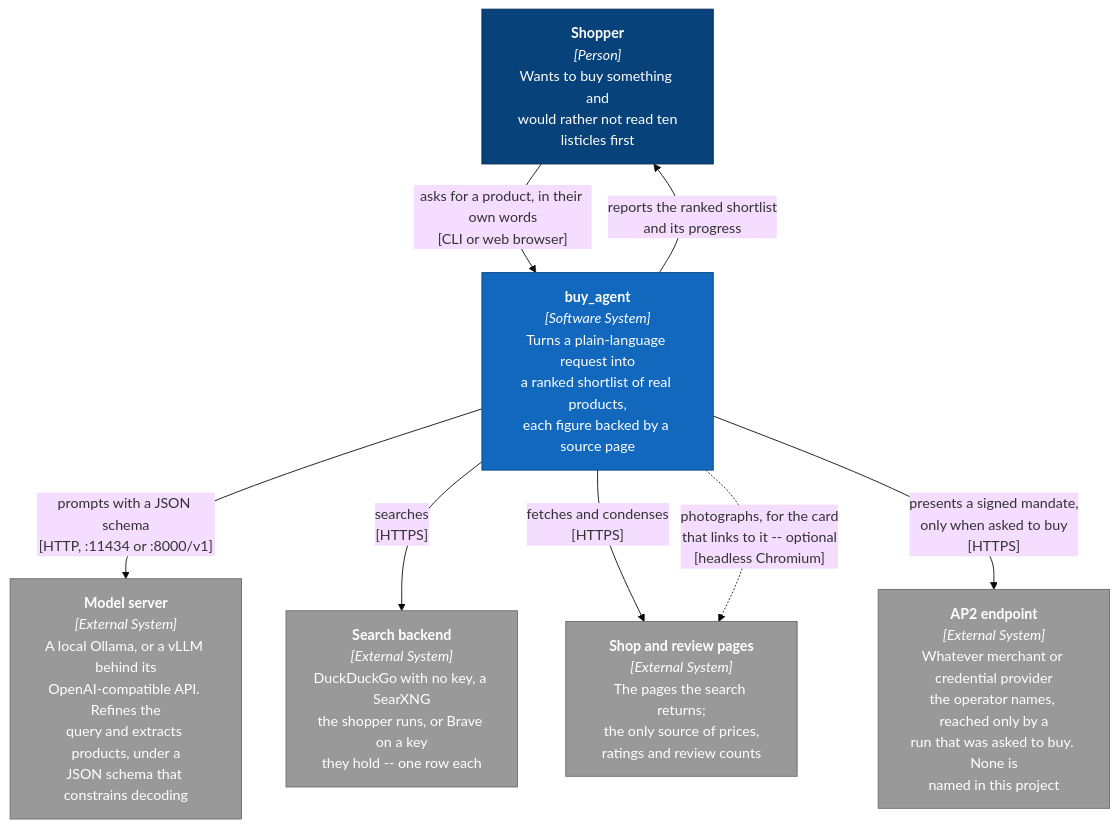
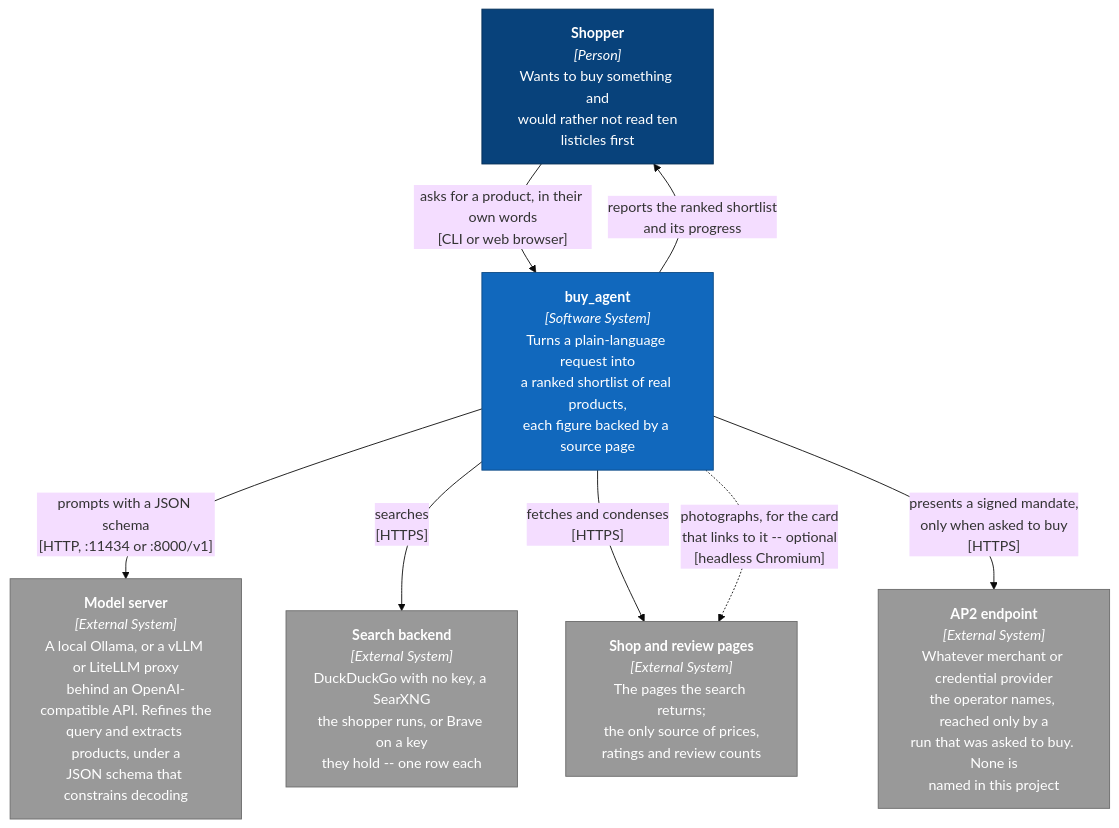
One commit to adamw7/buy_agent changed the first of 5 diagrams in docs/architecture.md. Above: the diagram before and after it, drawn with Mermaid (base theme). The commit also changed other lines of this file and 19 other files, not shown here.

````diff
--- a/docs/architecture.md
+++ b/docs/architecture.md
@@ -17,26 +17,26 @@
 ```mermaid
 graph TB
     shopper["<b>Shopper</b><br/><i>[Person]</i><br/>Wants to buy something and<br/>would rather not read ten<br/>listicles first"]
 
     system["<b>buy_agent</b><br/><i>[Software System]</i><br/>Turns a plain-language request into<br/>a ranked shortlist of real products,<br/>each figure backed by a source page"]
 
-    ollama["<b>Model server</b><br/><i>[External System]</i><br/>A local Ollama, or a vLLM behind its<br/>OpenAI-compatible API. Refines the<br/>query and extracts products, under a<br/>JSON schema that constrains decoding"]
+    ollama["<b>Model server</b><br/><i>[External System]</i><br/>A local Ollama, or a vLLM or LiteLLM proxy<br/>behind an OpenAI-compatible API. Refines the<br/>query and extracts products, under a<br/>JSON schema that constrains decoding"]
     ddg["<b>Search backend</b><br/><i>[External System]</i><br/>DuckDuckGo with no key, a SearXNG<br/>the shopper runs, or Brave on a key<br/>they hold -- one row each"]
     shops["<b>Shop and review pages</b><br/><i>[External System]</i><br/>The pages the search returns;<br/>the only source of prices,<br/>ratings and review counts"]
     counterparty["<b>AP2 endpoint</b><br/><i>[External System]</i><br/>Whatever merchant or credential provider<br/>the operator names, reached only by a<br/>run that was asked to buy. None is<br/>named in this project"]
 
     shopper -->|"asks for a product, in their own words<br/>[CLI or web browser]"| system
     system -->|"reports the ranked shortlist<br/>and its progress"| shopper
     system -->|"prompts with a JSON schema<br/>[HTTP, :11434 or :8000/v1]"| ollama
     system -->|"searches<br/>[HTTPS]"| ddg
     system -->|"fetches and condenses<br/>[HTTPS]"| shops
     system -.->|"photographs, for the card<br/>that links to it -- optional<br/>[headless Chromium]"| shops
     system -->|"presents a signed mandate,<br/>only when asked to buy<br/>[HTTPS]"| counterparty
 
     classDef person fill:#08427b,stroke:#052e56,color:#fff
     classDef internal fill:#1168bd,stroke:#0b4884,color:#fff
     classDef external fill:#999,stroke:#6b6b6b,color:#fff
     class shopper person
     class system internal
     class ollama,ddg,shops,counterparty external
 ```
````
